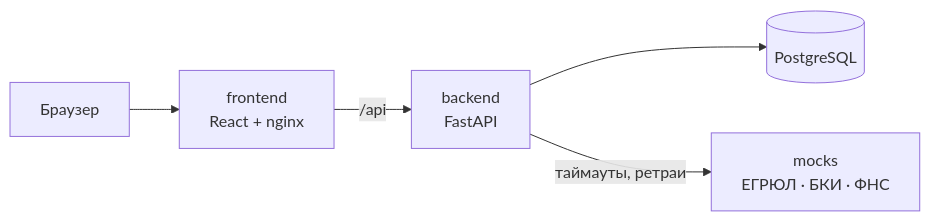
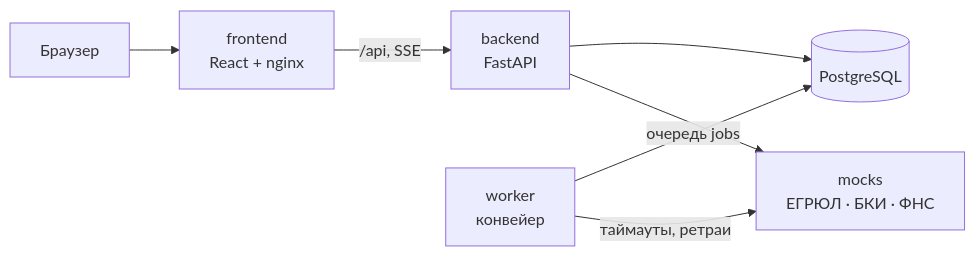
The diagram in README.md (MrFerrumL/alpha-smart-credit-cabinet), drawn with Mermaid before and after one commit. The commit also changed other lines of this file and 46 other files, not shown here.

````diff
--- a/README.md
+++ b/README.md
@@ -69,7 +85,9 @@
 ```mermaid
 flowchart LR
     U["Браузер"] --> FE["frontend<br/>React + nginx"]
-    FE -- "/api" --> BE["backend<br/>FastAPI"]
+    FE -- "/api, SSE" --> BE["backend<br/>FastAPI"]
     BE --> DB[("PostgreSQL")]
-    BE -- "таймауты, ретраи" --> MK["mocks<br/>ЕГРЮЛ · БКИ · ФНС"]
+    WK["worker<br/>конвейер"] -- "очередь jobs" --> DB
+    WK -- "таймауты, ретраи" --> MK["mocks<br/>ЕГРЮЛ · БКИ · ФНС"]
+    BE --> MK
 ```
````
